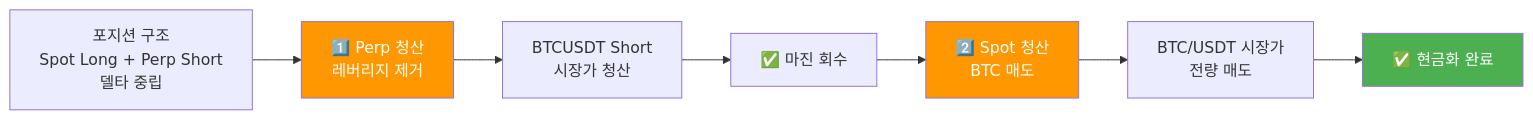
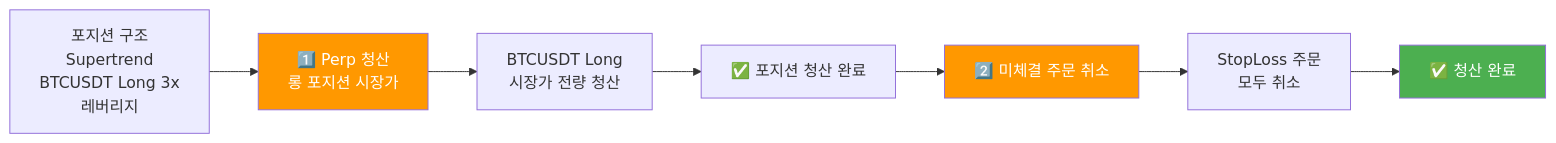
Before and after one commit to Justant-source/Bit-Mania: the second of 2 diagrams in docs/policies/emergency-manual-close.md, drawn with Mermaid. The commit also changed other lines of this file and 1 other file, not shown here.

First line of the commit message:
docs(policies): 배포·비상 청산 절차 Supertrend 전환

````diff
--- a/docs/policies/emergency-manual-close.md
+++ b/docs/policies/emergency-manual-close.md
@@ -88,13 +85,13 @@
 ```mermaid
 flowchart LR
-    A["포지션 구조<br>Spot Long + Perp Short<br>델타 중립"] --> B["1️⃣ Perp 청산<br>레버리지 제거"]
-    B --> C["BTCUSDT Short<br>시장가 청산"]
-    C --> D["✅ 마진 회수"]
-    D --> E["2️⃣ Spot 청산<br>BTC 매도"]
-    E --> F["BTC/USDT 시장가<br>전량 매도"]
-    F --> G["✅ 현금화 완료"]
+    A["포지션 구조<br>Supertrend<br>BTCUSDT Long 3x<br>레버리지"] --> B["1️⃣ Perp 청산<br>롱 포지션 시장가"]
+    B --> C["BTCUSDT Long<br>시장가 전량 청산"]
+    C --> D["✅ 포지션 청산 완료"]
+    D --> E["2️⃣ 미체결 주문 취소"]
+    E --> F["StopLoss 주문<br>모두 취소"]
+    F --> G["✅ 청산 완료"]
     
     style B fill:#ff9800,color:#fff
     style E fill:#ff9800,color:#fff
     style G fill:#4caf50,color:#fff
 ```
````
